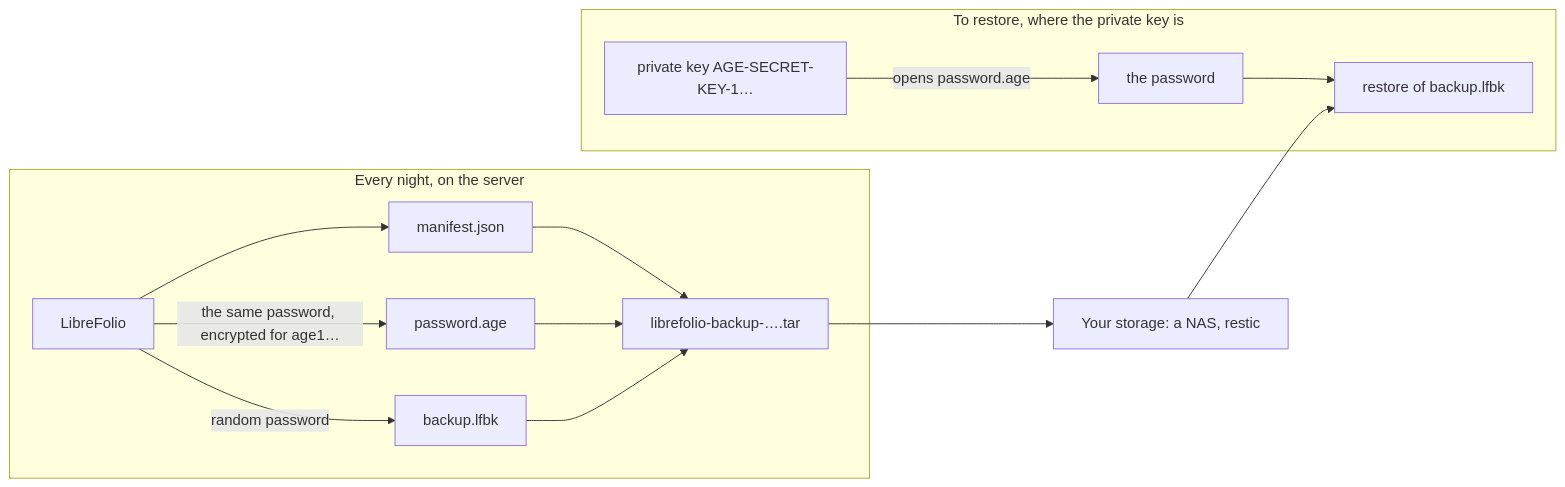
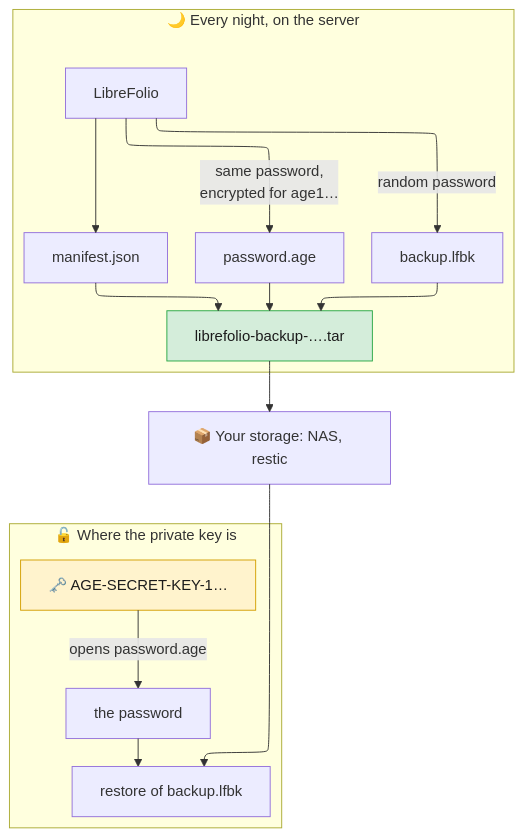
Before and after one commit to Librefolio/LibreFolio: the diagram in mkdocs_src/docs/admin/backup_sealed.en.md, drawn with Mermaid. The commit also changed other lines of this file and 2 other files, not shown here.

Commit message:
docs(admin): backup_sealed translated by hand from the Italian page into English, French and Spanish

````diff
--- a/mkdocs_src/docs/admin/backup_sealed.en.md
+++ b/mkdocs_src/docs/admin/backup_sealed.en.md
@@ -28,17 +20,21 @@
 ```mermaid
-flowchart LR
-    subgraph night["Every night, on the server"]
-        LF["LibreFolio"] -->|"random password"| ENV["backup.lfbk"]
-        LF -->|"the same password, encrypted for age1…"| PWD["password.age"]
+---
+config:
+  layout: elk
+---
+flowchart TD
+    subgraph server["🌙 Every night, on the server"]
+        LF["LibreFolio"] -->|"random password"| LFBK["backup.lfbk"]
+        LF -->|"same password,<br>encrypted for age1…"| PAGE["password.age"]
         LF --> MAN["manifest.json"]
-        MAN --> TAR["librefolio-backup-….tar"]
-        PWD --> TAR
-        ENV --> TAR
+        LFBK & PAGE & MAN --> TAR["librefolio-backup-….tar"]
     end
-    TAR --> STORE["Your storage: a NAS, restic"]
-    subgraph restore["To restore, where the private key is"]
-        KEY["private key AGE-SECRET-KEY-1…"] -->|"opens password.age"| PASS["the password"]
+    TAR --> STORE["📦 Your storage: NAS, restic"]
+    subgraph restore["🔓 Where the private key is"]
+        KEY["🗝️ AGE-SECRET-KEY-1…"] -->|"opens password.age"| PASS["the password"]
         PASS --> RES["restore of backup.lfbk"]
     end
     STORE --> RES
+    style KEY fill:#fff3cd,color:#1b1b1b,stroke:#d39e00
+    style TAR fill:#d4edda,color:#1b1b1b,stroke:#28a745
 ```
````
